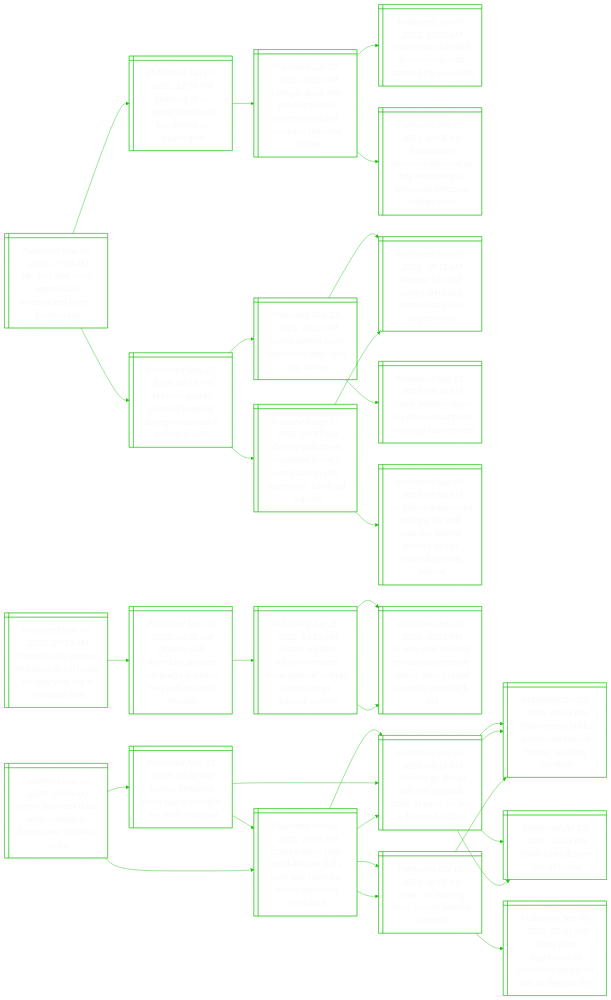
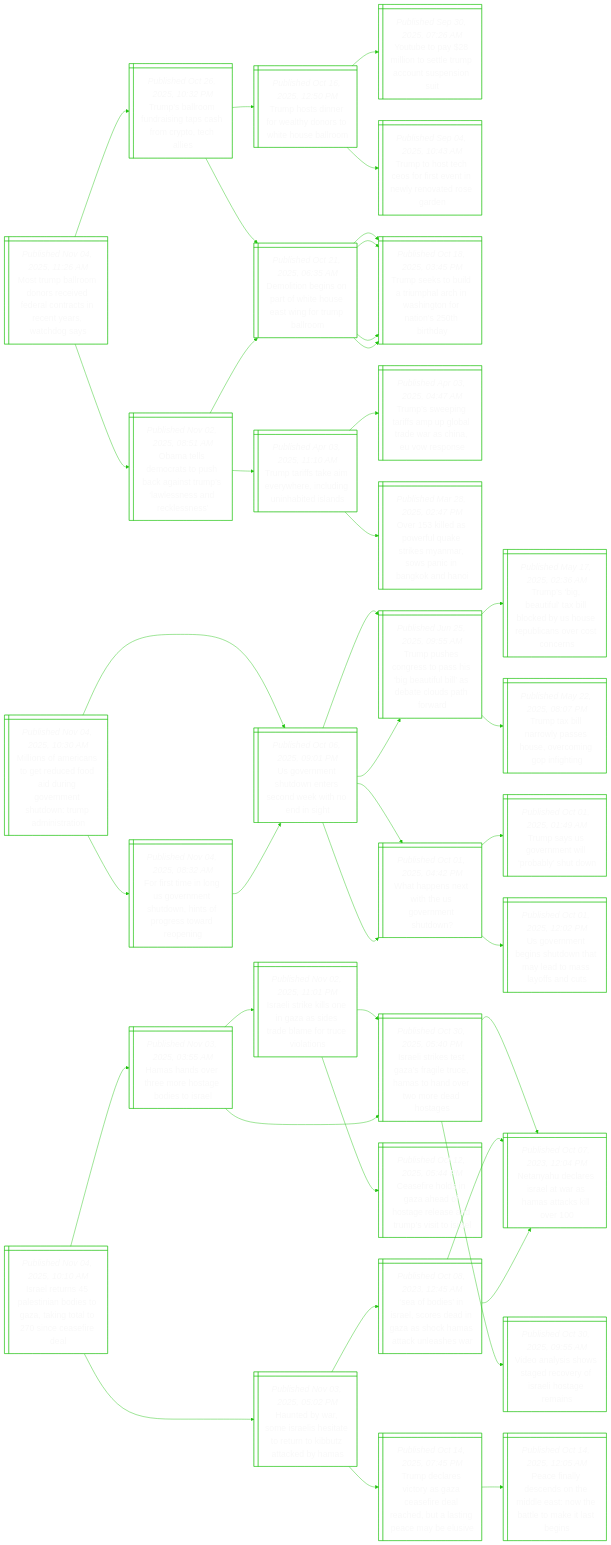
Before and after one commit to notJmes/notJmes: the diagram in README.md, drawn with Mermaid. The commit also changed other lines of this file, not shown here.

````diff
--- a/README.md
+++ b/README.md
@@ -16,103 +16,130 @@
 flowchart LR
 classDef txtsize font-size:20px;
 
-Fruetitemra@{ shape: win-pane, label: "_Published Nov 04, 2025, 07:19 AM_
-Fbi fires four more agents who investigated trump, sources say" }
-SiUiinenWn@{ shape: win-pane, label: "_Published Jan 07, 2021, 12:55 PM_
-Storming of us capitol: timeline of key events in washington" }
-peapubmalrest@{ shape: win-pane, label: "_Published Jan 07, 2021, 03:22 AM_
-4 people dead after pro-trump mob storms us capitol; congress resumes debate" }
-HafdoptdSt@{ shape: win-pane, label: "_Published Jan 07, 2021, 10:03 AM_
-How chaos unfolded as pro-trump mob stormed the us capitol" }
-Umsuichcnncclet@{ shape: win-pane, label: "_Published Jan 07, 2021, 10:06 AM_
-Us lawmakers denounce violence as they reconvene to announce electoral college votes" }
-Freieedgatrt@{ shape: win-pane, label: "_Published Sep 27, 2025, 01:15 PM_
-Fbi fires agents pictured kneeling during racial justice protest in 2020" }
-Tttenadcm@{ shape: win-pane, label: "_Published Sep 27, 2025, 10:12 AM_
-Trump targets more opponents after ‘dirty cop’ comey" }
-Frhorahdurcc@{ shape: win-pane, label: "_Published Sep 26, 2025, 08:10 AM_
-Former fbi chief comey criminally charged as trump targets critics" }
-TpcgJcanhhe@{ shape: win-pane, label: "_Published Sep 21, 2025, 09:36 AM_
-Trump publicly urges us justice department to charge his enemies" }
-Citearcicoisgp@{ shape: win-pane, label: "_Published Sep 27, 2025, 04:47 AM_
-Comey indictment escalates trump’s campaign to chill opposition, say legal experts" }
-Frhorahdurcc@{ shape: win-pane, label: "_Published Sep 26, 2025, 08:10 AM_
-Former fbi chief comey criminally charged as trump targets critics" }
-Utemugwhsnuonncys@{ shape: win-pane, label: "_Published Sep 26, 2025, 05:58 AM_
-Us justice department pushing for swift charges against trump’s former national security adviser" }
+Mraoocdrnteywdy@{ shape: win-pane, label: "_Published Nov 04, 2025, 11:26 AM_
+Most trump ballroom donors received federal contracts in recent years, watchdog says" }
+Tsruitaopci@{ shape: win-pane, label: "_Published Oct 26, 2025, 10:32 PM_
+Trump’s ballroom fundraising taps cash from crypto, tech allies" }
+Thdreyrhoao@{ shape: win-pane, label: "_Published Oct 16, 2025, 12:50 PM_
+Trump hosts dinner for wealthy donors to white house ballroom" }
+Ybalolmousu@{ shape: win-pane, label: "_Published Sep 30, 2025, 07:26 AM_
+Youtube to pay $28 million to settle trump account suspension suit" }
+TttCosneetsd@{ shape: win-pane, label: "_Published Sep 04, 2025, 10:43 AM_
+Trump to host tech ceos for first event in newly renovated rose garden" }
+DibsrhoanTbo@{ shape: win-pane, label: "_Published Oct 21, 2025, 06:35 AM_
+Demolition begins on part of white house east wing for trump ballroom" }
+Tstliahstrobd@{ shape: win-pane, label: "_Published Oct 18, 2025, 03:45 PM_
+Trump seeks to build a triumphal arch in washington for nation’s 250th birthday" }
+Tstliahstrobd@{ shape: win-pane, label: "_Published Oct 18, 2025, 03:45 PM_
+Trump seeks to build a triumphal arch in washington for nation’s 250th birthday" }
+OtDrobgtpledle@{ shape: win-pane, label: "_Published Nov 02, 2025, 08:51 AM_
+Obama tells democrats to push back against trump’s ‘lawlessness and recklessness’" }
+Ttfevhniiiss@{ shape: win-pane, label: "_Published Apr 03, 2025, 11:10 AM_
+Trump tariffs take aim everywhere, including uninhabited islands" }
+Tspaspadanop@{ shape: win-pane, label: "_Published Apr 03, 2025, 04:47 AM_
+Trump’s sweeping tariffs amp up global trade war as china, eu vow response" }
+OiaeqsenonBoH@{ shape: win-pane, label: "_Published Mar 28, 2025, 02:47 PM_
+Over 153 killed as powerful quake strikes myanmar, sows panic in bangkok and hanoi" }
+DibsrhoanTbo@{ shape: win-pane, label: "_Published Oct 21, 2025, 06:35 AM_
+Demolition begins on part of white house east wing for trump ballroom" }
+Tstliahstrobd@{ shape: win-pane, label: "_Published Oct 18, 2025, 03:45 PM_
+Trump seeks to build a triumphal arch in washington for nation’s 250th birthday" }
+Tstliahstrobd@{ shape: win-pane, label: "_Published Oct 18, 2025, 03:45 PM_
+Trump seeks to build a triumphal arch in washington for nation’s 250th birthday" }
 
-Fruetitemra:::txtsize --> SiUiinenWn:::txtsize
-SiUiinenWn:::txtsize --> peapubmalrest:::txtsize
-peapubmalrest:::txtsize --> HafdoptdSt:::txtsize
-peapubmalrest:::txtsize --> Umsuichcnncclet:::txtsize
-Fruetitemra:::txtsize --> Freieedgatrt:::txtsize
-Freieedgatrt:::txtsize --> Tttenadcm:::txtsize
-Tttenadcm:::txtsize --> Frhorahdurcc:::txtsize
-Tttenadcm:::txtsize --> TpcgJcanhhe:::txtsize
-Freieedgatrt:::txtsize --> Citearcicoisgp:::txtsize
-Citearcicoisgp:::txtsize --> Frhorahdurcc:::txtsize
-Citearcicoisgp:::txtsize --> Utemugwhsnuonncys:::txtsize
+Mraoocdrnteywdy:::txtsize --> Tsruitaopci:::txtsize
+Tsruitaopci:::txtsize --> Thdreyrhoao:::txtsize
+Thdreyrhoao:::txtsize --> Ybalolmousu:::txtsize
+Thdreyrhoao:::txtsize --> TttCosneetsd:::txtsize
+Tsruitaopci:::txtsize --> DibsrhoanTbo:::txtsize
+DibsrhoanTbo:::txtsize --> Tstliahstrobd:::txtsize
+DibsrhoanTbo:::txtsize --> Tstliahstrobd:::txtsize
+Mraoocdrnteywdy:::txtsize --> OtDrobgtpledle:::txtsize
+OtDrobgtpledle:::txtsize --> Ttfevhniiiss:::txtsize
+Ttfevhniiiss:::txtsize --> Tspaspadanop:::txtsize
+Ttfevhniiiss:::txtsize --> OiaeqsenonBoH:::txtsize
+OtDrobgtpledle:::txtsize --> DibsrhoanTbo:::txtsize
+DibsrhoanTbo:::txtsize --> Tstliahstrobd:::txtsize
+DibsrhoanTbo:::txtsize --> Tstliahstrobd:::txtsize
 
-TbCttouoYiMns@{ shape: win-pane, label: "_Published Nov 04, 2025, 07:15 AM_
-Trump backs cuomo, threatens to cut funds for new york city if mamdani wins" }
-OcMniagaekren@{ shape: win-pane, label: "_Published Nov 02, 2025, 06:21 AM_
-Obama calls mamdani, praises campaign ahead of new york mayoral election" }
-UritadtoctCimam@{ shape: win-pane, label: "_Published Jun 25, 2025, 04:10 PM_
-Upstart socialist zohran mamdani stuns political veteran cuomo in nyc mayoral primary" }
-IYalaospttimmk@{ shape: win-pane, label: "_Published Jun 24, 2025, 06:15 PM_
-In new york mayoral primary, progressive upstart aims to spoil cuomo’s comeback bid" }
-IYalaospttimmk@{ shape: win-pane, label: "_Published Jun 24, 2025, 06:15 PM_
-In new york mayoral primary, progressive upstart aims to spoil cuomo’s comeback bid" }
+MoAcoedaromhwmirn@{ shape: win-pane, label: "_Published Nov 04, 2025, 10:30 AM_
+Millions of americans to get reduced food aid during government shutdown: trump administration" }
+Uentesnknih@{ shape: win-pane, label: "_Published Oct 06, 2025, 09:01 PM_
+Us government shutdown enters second week with no end in sight" }
+TpsrohgtBstutw@{ shape: win-pane, label: "_Published Jun 25, 2025, 09:55 AM_
+Trump pushes congress to pass his ‘big beautiful bill’ as debate clouds path forward" }
+TsefxbeSebnrcr@{ shape: win-pane, label: "_Published May 17, 2025, 02:36 AM_
+Trump’s ‘big, beautiful’ tax bill blocked by us house republicans over cost concerns" }
+Ttlrpsecgnt@{ shape: win-pane, label: "_Published May 22, 2025, 08:07 PM_
+Trump tax bill narrowly passes house, overcoming gop infighting" }
+Waswhomhw@{ shape: win-pane, label: "_Published Oct 01, 2025, 04:42 PM_
+What happens next with the us government shutdown?" }
+TsSrtpbun@{ shape: win-pane, label: "_Published Oct 01, 2025, 01:49 AM_
+Trump says us government will ‘probably’ shut down" }
+Ueniunmaayat@{ shape: win-pane, label: "_Published Oct 01, 2025, 12:02 PM_
+Us government begins shutdown that may lead to mass layoffs and cuts" }
+Frmognsonpewei@{ shape: win-pane, label: "_Published Nov 04, 2025, 08:32 AM_
+For first time in long us government shutdown, hints of progress toward reopening" }
+Uentesnknih@{ shape: win-pane, label: "_Published Oct 06, 2025, 09:01 PM_
+Us government shutdown enters second week with no end in sight" }
+TpsrohgtBstutw@{ shape: win-pane, label: "_Published Jun 25, 2025, 09:55 AM_
+Trump pushes congress to pass his ‘big beautiful bill’ as debate clouds path forward" }
+Waswhomhw@{ shape: win-pane, label: "_Published Oct 01, 2025, 04:42 PM_
+What happens next with the us government shutdown?" }
 
-TbCttouoYiMns:::txtsize --> OcMniagaekren:::txtsize
-OcMniagaekren:::txtsize --> UritadtoctCimam:::txtsize
-UritadtoctCimam:::txtsize --> IYalaospttimmk:::txtsize
-UritadtoctCimam:::txtsize --> IYalaospttimmk:::txtsize
+MoAcoedaromhwmirn:::txtsize --> Uentesnknih:::txtsize
+Uentesnknih:::txtsize --> TpsrohgtBstutw:::txtsize
+TpsrohgtBstutw:::txtsize --> TsefxbeSebnrcr:::txtsize
+TpsrohgtBstutw:::txtsize --> Ttlrpsecgnt:::txtsize
+Uentesnknih:::txtsize --> Waswhomhw:::txtsize
+Waswhomhw:::txtsize --> TsSrtpbun:::txtsize
+Waswhomhw:::txtsize --> Ueniunmaayat:::txtsize
+MoAcoedaromhwmirn:::txtsize --> Frmognsonpewei:::txtsize
+Frmognsonpewei:::txtsize --> Uentesnknih:::txtsize
+Uentesnknih:::txtsize --> TpsrohgtBstutw:::txtsize
+Uentesnknih:::txtsize --> Waswhomhw:::txtsize
 
-Sbelerncrdo@{ shape: win-pane, label: "_Published Nov 04, 2025, 07:05 AM_
-Shein bans sex dolls after outrage in france over ‘childlike’ ones" }
-FeaSbclelp@{ shape: win-pane, label: "_Published Nov 03, 2025, 08:50 PM_
-France threatens shein ban if ‘childlike’ sex dolls reappear" }
-CsnsdsloeoFhhoi@{ shape: win-pane, label: "_Published Nov 02, 2025, 10:16 PM_
-China’s shein pulls child-like sex dolls from sale following french watchdog complaint" }
-SthirylerNsba@{ shape: win-pane, label: "_Published Oct 31, 2025, 09:19 PM_
-Shein to go ahead with first physical store, in paris, on nov 5 despite backlash" }
-Shtfbsrol@{ shape: win-pane, label: "_Published Oct 10, 2025, 08:00 AM_
-Shein, hit with big fines, boosts internal controls" }
-SthirylerNsba@{ shape: win-pane, label: "_Published Oct 31, 2025, 09:19 PM_
-Shein to go ahead with first physical store, in paris, on nov 5 despite backlash" }
-Seskmrirsich@{ shape: win-pane, label: "_Published Oct 02, 2025, 05:53 PM_
-Shein enters bricks-and-mortar retail in france, sparking backlash" }
-Sfmin@{ shape: win-pane, label: "_Published Jul 10, 2025, 11:43 PM_
-Shein faces $200m fine in france" }
-CsnsdsloeoFhhoi@{ shape: win-pane, label: "_Published Nov 02, 2025, 10:16 PM_
-China’s shein pulls child-like sex dolls from sale following french watchdog complaint" }
-SthirylerNsba@{ shape: win-pane, label: "_Published Oct 31, 2025, 09:19 PM_
-Shein to go ahead with first physical store, in paris, on nov 5 despite backlash" }
-Seskmrirsich@{ shape: win-pane, label: "_Published Oct 02, 2025, 05:53 PM_
-Shein enters bricks-and-mortar retail in france, sparking backlash" }
-Sfmin@{ shape: win-pane, label: "_Published Jul 10, 2025, 11:43 PM_
-Shein faces $200m fine in france" }
-Shtfbsrol@{ shape: win-pane, label: "_Published Oct 10, 2025, 08:00 AM_
-Shein, hit with big fines, boosts internal controls" }
-Seskmrirsich@{ shape: win-pane, label: "_Published Oct 02, 2025, 05:53 PM_
-Shein enters bricks-and-mortar retail in france, sparking backlash" }
-TlgsSbiite@{ shape: win-pane, label: "_Published Sep 09, 2025, 09:43 AM_
-Temu plots aggressive us comeback with price cuts as deep as 60%" }
+Ilrlnotanaieia@{ shape: win-pane, label: "_Published Nov 04, 2025, 10:10 AM_
+Israel returns 45 palestinian bodies to gaza, taking total to 270 since ceasefire deal" }
+Hhohosbsr@{ shape: win-pane, label: "_Published Nov 03, 2025, 03:55 AM_
+Hamas hands over three more hostage bodies to israel" }
+Ililezirlocln@{ shape: win-pane, label: "_Published Nov 02, 2025, 11:01 PM_
+Israeli strike kills one in gaza as sides trade blame for truce violations" }
+IliezatHtdtrda@{ shape: win-pane, label: "_Published Oct 30, 2025, 05:40 PM_
+Israeli strikes test gaza’s fragile truce, hamas to hand over two more dead hostages" }
+Cfonaoteervta@{ shape: win-pane, label: "_Published Oct 12, 2025, 05:44 PM_
+Ceasefire holds in gaza ahead of hostage release and trump’s visit to israel" }
+IliezatHtdtrda@{ shape: win-pane, label: "_Published Oct 30, 2025, 05:40 PM_
+Israeli strikes test gaza’s fragile truce, hamas to hand over two more dead hostages" }
+NyeeawHakl@{ shape: win-pane, label: "_Published Oct 07, 2023, 12:04 PM_
+Netanyahu declares israel at war as hamas attacks kill over 100" }
+Vasoaersiam@{ shape: win-pane, label: "_Published Oct 30, 2025, 09:55 AM_
+Video analysis shows staged recovery of israeli hostage remains" }
+Heaeeetetbtea@{ shape: win-pane, label: "_Published Nov 03, 2025, 05:02 PM_
+Haunted by war, some israelis hesitate to return to kibbutz attacked by hamas" }
+Tdrcaaededlncbs@{ shape: win-pane, label: "_Published Oct 14, 2025, 07:45 PM_
+Trump declares victory as gaza ceasefire deal reached, but a lasting peace may be elusive" }
+PflcoMeNelale@{ shape: win-pane, label: "_Published Oct 14, 2025, 12:05 AM_
+Peace finally descends on the middle east: now the battle to make it last begins" }
+Sbsrcdnacaale@{ shape: win-pane, label: "_Published Oct 08, 2023, 12:45 AM_
+‘sea of bodies’ in israel, scores dead in gaza as shock hamas attack unleashes war" }
+NyeeawHakl@{ shape: win-pane, label: "_Published Oct 07, 2023, 12:04 PM_
+Netanyahu declares israel at war as hamas attacks kill over 100" }
+NyeeawHakl@{ shape: win-pane, label: "_Published Oct 07, 2023, 12:04 PM_
+Netanyahu declares israel at war as hamas attacks kill over 100" }
 
-Sbelerncrdo:::txtsize --> FeaSbclelp:::txtsize
-FeaSbclelp:::txtsize --> CsnsdsloeoFhhoi:::txtsize
-CsnsdsloeoFhhoi:::txtsize --> SthirylerNsba:::txtsize
-CsnsdsloeoFhhoi:::txtsize --> Shtfbsrol:::txtsize
-FeaSbclelp:::txtsize --> SthirylerNsba:::txtsize
-SthirylerNsba:::txtsize --> Seskmrirsich:::txtsize
-SthirylerNsba:::txtsize --> Sfmin:::txtsize
-Sbelerncrdo:::txtsize --> CsnsdsloeoFhhoi:::txtsize
-CsnsdsloeoFhhoi:::txtsize --> SthirylerNsba:::txtsize
-SthirylerNsba:::txtsize --> Seskmrirsich:::txtsize
-SthirylerNsba:::txtsize --> Sfmin:::txtsize
-CsnsdsloeoFhhoi:::txtsize --> Shtfbsrol:::txtsize
-Shtfbsrol:::txtsize --> Seskmrirsich:::txtsize
-Shtfbsrol:::txtsize --> TlgsSbiite:::txtsize
+Ilrlnotanaieia:::txtsize --> Hhohosbsr:::txtsize
+Hhohosbsr:::txtsize --> Ililezirlocln:::txtsize
+Ililezirlocln:::txtsize --> IliezatHtdtrda:::txtsize
+Ililezirlocln:::txtsize --> Cfonaoteervta:::txtsize
+Hhohosbsr:::txtsize --> IliezatHtdtrda:::txtsize
+IliezatHtdtrda:::txtsize --> NyeeawHakl:::txtsize
+IliezatHtdtrda:::txtsize --> Vasoaersiam:::txtsize
+Ilrlnotanaieia:::txtsize --> Heaeeetetbtea:::txtsize
+Heaeeetetbtea:::txtsize --> Tdrcaaededlncbs:::txtsize
+Tdrcaaededlncbs:::txtsize --> PflcoMeNelale:::txtsize
+Heaeeetetbtea:::txtsize --> Sbsrcdnacaale:::txtsize
+Sbsrcdnacaale:::txtsize --> NyeeawHakl:::txtsize
+Sbsrcdnacaale:::txtsize --> NyeeawHakl:::txtsize
 
 ```
````
